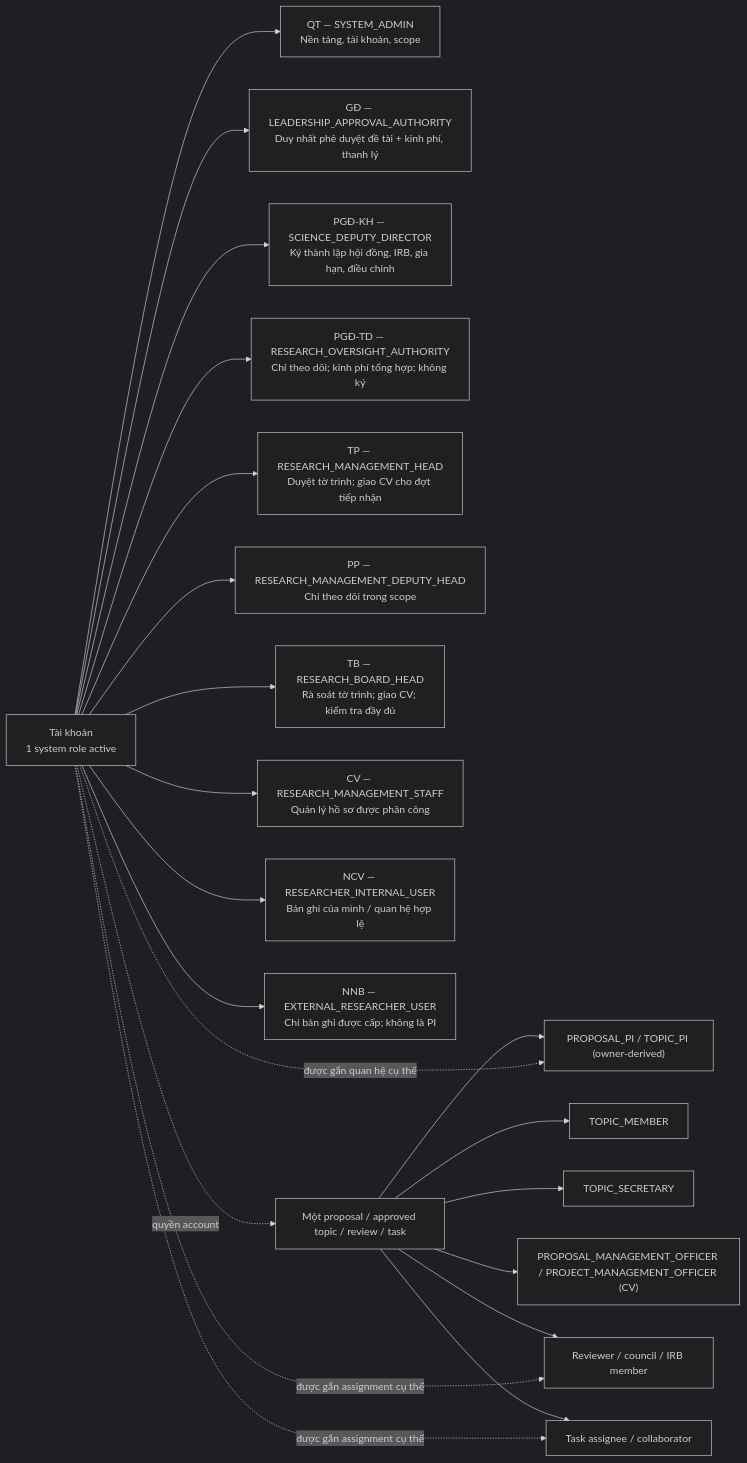
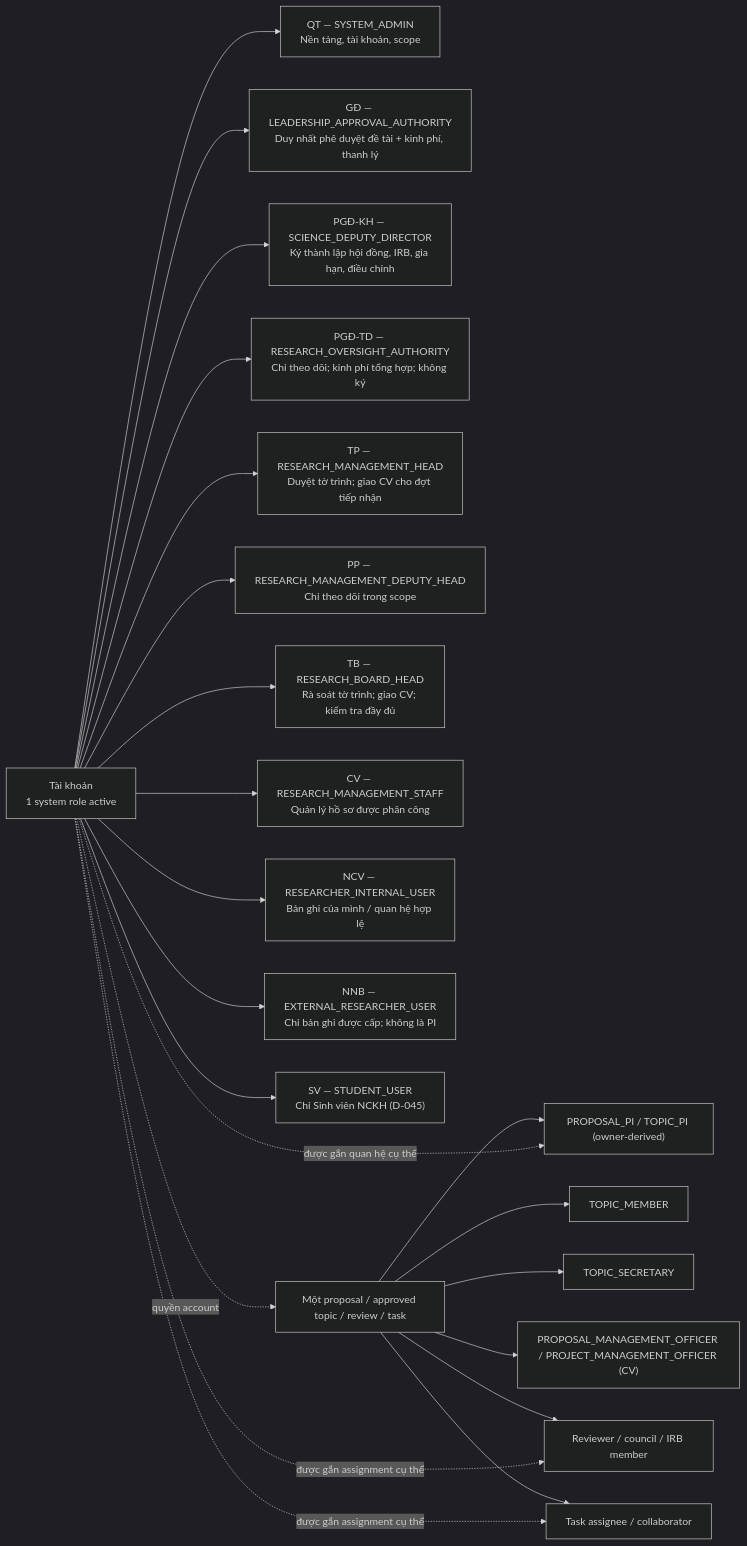
The first of 11 diagrams in docs/user-flows.md (thanhdotien278/DocManS), drawn with Mermaid (dark theme) before and after one commit. The commit also changed other lines of this file and 66 other files, not shown here.

First line of the commit message:
feat(ep-14): sinh viên NCKH, đăng ký sinh viên 2 bước và hồ sơ sinh viên

````diff
--- a/docs/user-flows.md
+++ b/docs/user-flows.md
@@ -35,25 +35,26 @@
 ```mermaid
 flowchart LR
   account["Tài khoản<br/>1 system role active"] --> admin["QT — SYSTEM_ADMIN<br/>Nền tảng, tài khoản, scope"]
   account --> leader["GĐ — LEADERSHIP_APPROVAL_AUTHORITY<br/>Duy nhất phê duyệt đề tài + kinh phí, thanh lý"]
   account --> science["PGĐ-KH — SCIENCE_DEPUTY_DIRECTOR<br/>Ký thành lập hội đồng, IRB, gia hạn, điều chỉnh"]
   account --> oversight["PGĐ-TD — RESEARCH_OVERSIGHT_AUTHORITY<br/>Chỉ theo dõi; kinh phí tổng hợp; không ký"]
   account --> head["TP — RESEARCH_MANAGEMENT_HEAD<br/>Duyệt tờ trình; giao CV cho đợt tiếp nhận"]
   account --> deputy["PP — RESEARCH_MANAGEMENT_DEPUTY_HEAD<br/>Chỉ theo dõi trong scope"]
   account --> board["TB — RESEARCH_BOARD_HEAD<br/>Rà soát tờ trình; giao CV; kiểm tra đầy đủ"]
   account --> staff["CV — RESEARCH_MANAGEMENT_STAFF<br/>Quản lý hồ sơ được phân công"]
   account --> internal["NCV — RESEARCHER_INTERNAL_USER<br/>Bản ghi của mình / quan hệ hợp lệ"]
   account --> external["NNB — EXTERNAL_RESEARCHER_USER<br/>Chỉ bản ghi được cấp; không là PI"]
+  account --> student["SV — STUDENT_USER<br/>Chỉ Sinh viên NCKH (D-045)"]
 
   record["Một proposal / approved topic / review / task"] --> pi["PROPOSAL_PI / TOPIC_PI (owner-derived)"]
   record --> member["TOPIC_MEMBER"]
   record --> secretary["TOPIC_SECRETARY"]
   record --> officer["PROPOSAL_MANAGEMENT_OFFICER / PROJECT_MANAGEMENT_OFFICER (CV)"]
   record --> reviewer["Reviewer / council / IRB member"]
   record --> assignee["Task assignee / collaborator"]
 
   account -. "quyền account" .-> record
   account -. "được gắn quan hệ cụ thể" .-> pi
   account -. "được gắn assignment cụ thể" .-> reviewer
   account -. "được gắn assignment cụ thể" .-> assignee
 ```
````
